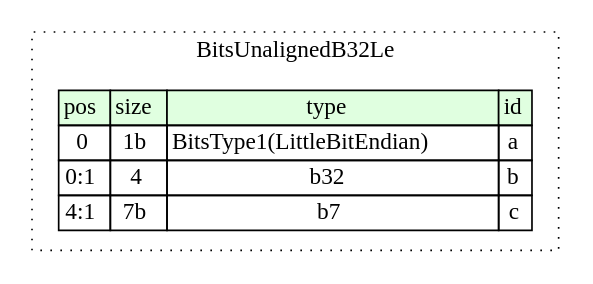
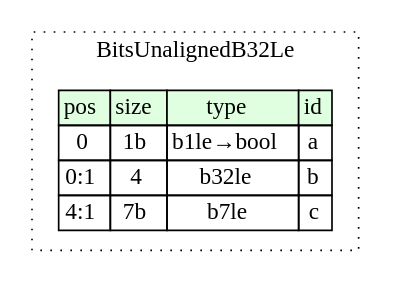
Before and after one commit to kaitai-io/ci_targets: the diagram in compiled/graphviz/bits_unaligned_b32_le.dot, drawn with Graphviz. The commit also changed 209 other files, not shown here.

```diff
--- a/compiled/graphviz/bits_unaligned_b32_le.dot
+++ b/compiled/graphviz/bits_unaligned_b32_le.dot
@@ -1,15 +1,15 @@
 digraph {
 	rankdir=LR;
 	node [shape=plaintext];
 	subgraph cluster__bits_unaligned_b32_le {
 		label="BitsUnalignedB32Le";
 		graph[style=dotted];
 
 		bits_unaligned_b32_le__seq [label=<<TABLE BORDER="0" CELLBORDER="1" CELLSPACING="0">
 			<TR><TD BGCOLOR="#E0FFE0">pos</TD><TD BGCOLOR="#E0FFE0">size</TD><TD BGCOLOR="#E0FFE0">type</TD><TD BGCOLOR="#E0FFE0">id</TD></TR>
-			<TR><TD PORT="a_pos">0</TD><TD PORT="a_size">1b</TD><TD>BitsType1(LittleBitEndian)</TD><TD PORT="a_type">a</TD></TR>
-			<TR><TD PORT="b_pos">0:1</TD><TD PORT="b_size">4</TD><TD>b32</TD><TD PORT="b_type">b</TD></TR>
-			<TR><TD PORT="c_pos">4:1</TD><TD PORT="c_size">7b</TD><TD>b7</TD><TD PORT="c_type">c</TD></TR>
+			<TR><TD PORT="a_pos">0</TD><TD PORT="a_size">1b</TD><TD>b1le→bool</TD><TD PORT="a_type">a</TD></TR>
+			<TR><TD PORT="b_pos">0:1</TD><TD PORT="b_size">4</TD><TD>b32le</TD><TD PORT="b_type">b</TD></TR>
+			<TR><TD PORT="c_pos">4:1</TD><TD PORT="c_size">7b</TD><TD>b7le</TD><TD PORT="c_type">c</TD></TR>
 		</TABLE>>];
 	}
 }
```
